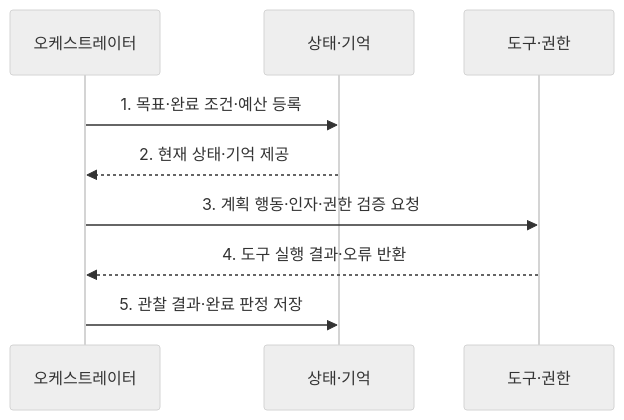
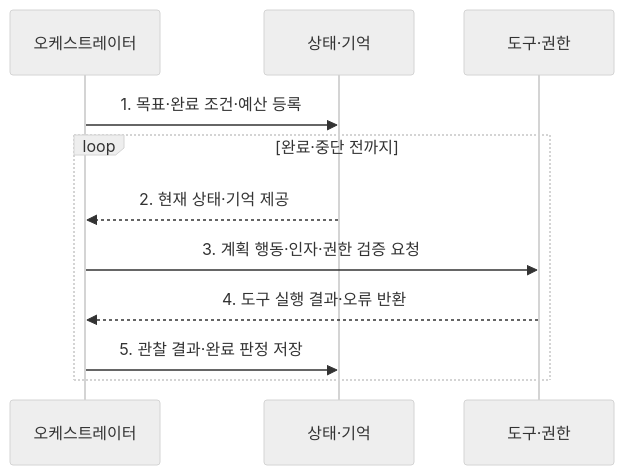
Before and after one commit to agnusdei1207/knowledge-base: the second of 2 diagrams in src/content/docs/notes/08-latest-tech/001_ai_agent_system.md, drawn with Mermaid (neutral theme). The commit also changed other lines of this file and 225 other files, not shown here.

````diff
--- a/src/content/docs/notes/08-latest-tech/001_ai_agent_system.md
+++ b/src/content/docs/notes/08-latest-tech/001_ai_agent_system.md
@@ -76,11 +76,13 @@
 ```mermaid
 sequenceDiagram
     participant O as 오케스트레이터
     participant S as 상태·기억
     participant T as 도구·권한
     O->>S: 1. 목표·완료 조건·예산 등록
-    S-->>O: 2. 현재 상태·기억 제공
-    O->>T: 3. 계획 행동·인자·권한 검증 요청
-    T-->>O: 4. 도구 실행 결과·오류 반환
-    O->>S: 5. 관찰 결과·완료 판정 저장
+    loop 완료·중단 전까지
+        S-->>O: 2. 현재 상태·기억 제공
+        O->>T: 3. 계획 행동·인자·권한 검증 요청
+        T-->>O: 4. 도구 실행 결과·오류 반환
+        O->>S: 5. 관찰 결과·완료 판정 저장
+    end
 ```
````
